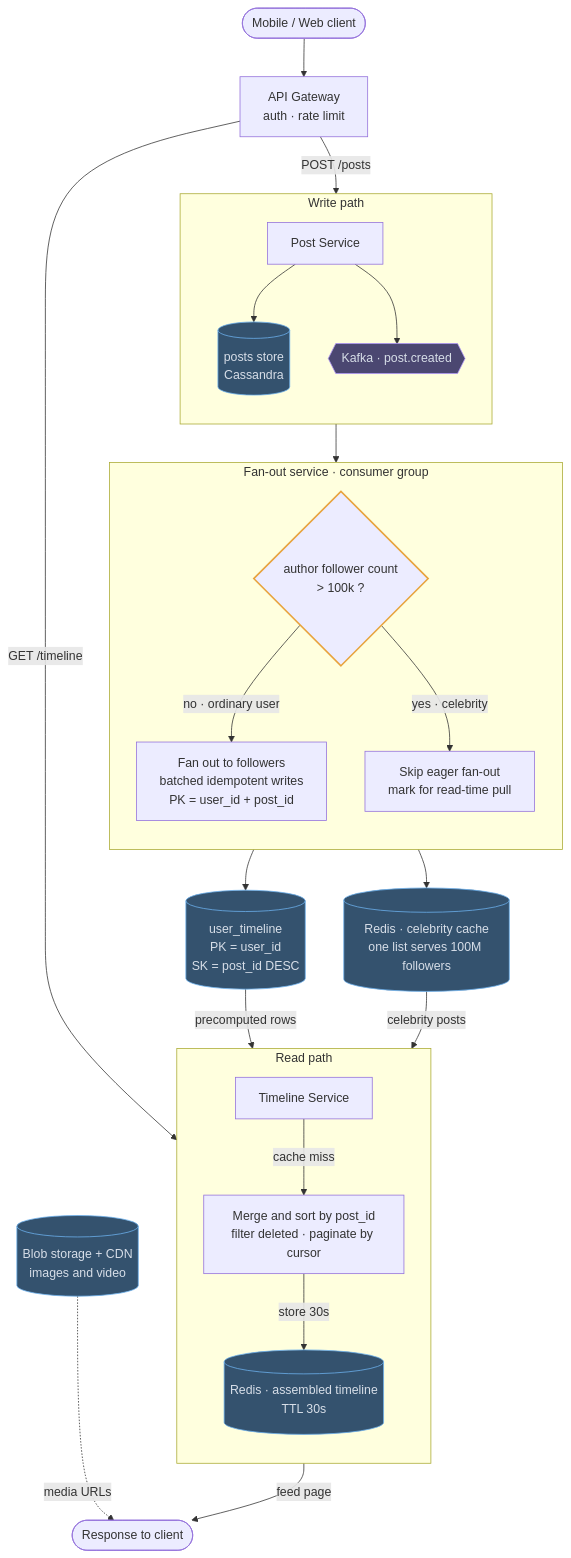
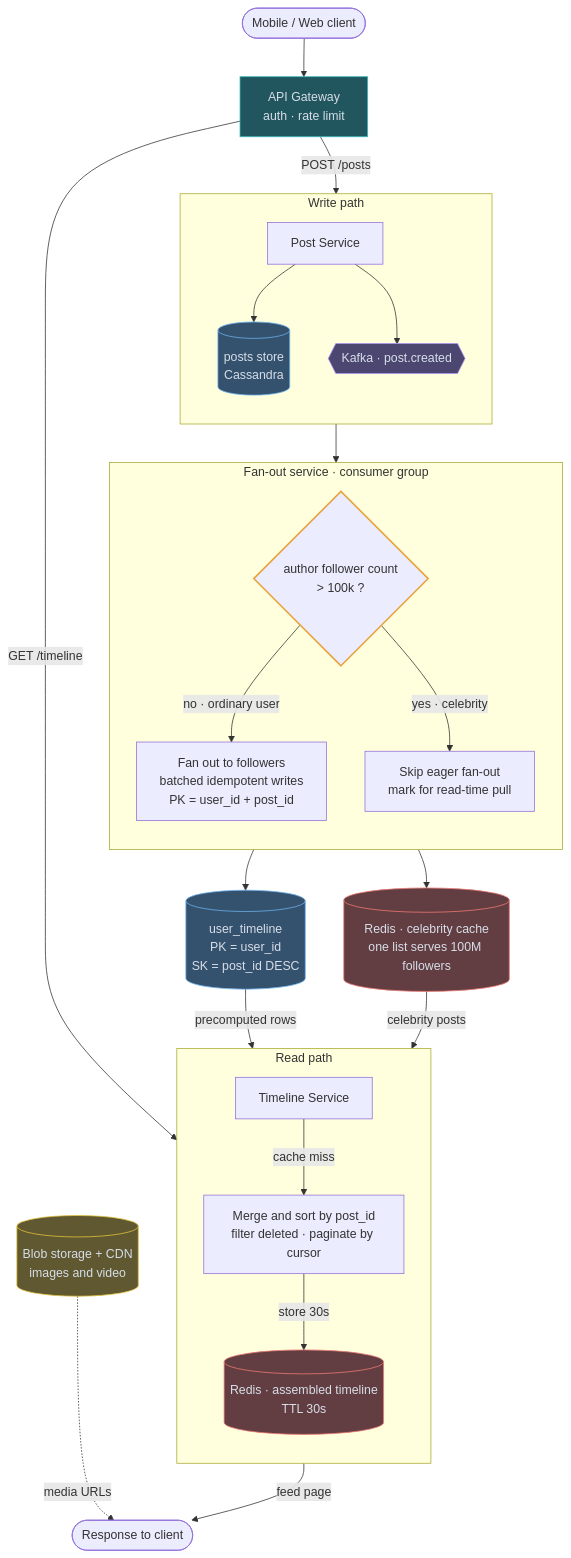
Before and after one commit to mertkahyaoglu/atlas: the diagram in content/designs/01-twitter-instagram-feed.md, drawn with Mermaid. The commit also changed 16 other files, not shown here.

First line of the commit message:
Split store into db/cache/blob; color gateway and load-balancer nodes

````diff
--- a/content/designs/01-twitter-instagram-feed.md
+++ b/content/designs/01-twitter-instagram-feed.md
@@ -110,53 +110,59 @@
 ```mermaid
 flowchart TB
     Client([Mobile / Web client]) --> GW[API Gateway<br/>auth · rate limit]
     GW -- "POST /posts" --> PostSvc
     GW -- "GET /timeline" --> Timeline
 
     subgraph WRITE ["Write path"]
         direction TB
         PostSvc[Post Service]
         PostStore[(posts store<br/>Cassandra)]
         Bus{{"Kafka · post.created"}}
         PostSvc --> PostStore
         PostSvc --> Bus
     end
 
     subgraph FANOUT ["Fan-out service · consumer group"]
         direction TB
         Decide{"author follower count<br/>> 100k ?"}
         Eager["Fan out to followers<br/>batched idempotent writes<br/>PK = user_id + post_id"]
         Skip["Skip eager fan-out<br/>mark for read-time pull"]
         Decide -- "no · ordinary user" --> Eager
         Decide -- "yes · celebrity" --> Skip
     end
     Bus --> Decide
     Eager --> Feed[("user_timeline<br/>PK = user_id<br/>SK = post_id DESC")]
     Skip --> CelebCache[("Redis · celebrity cache<br/>one list serves 100M followers")]
 
     subgraph READ ["Read path"]
         direction TB
         Timeline[Timeline Service]
         TimelineCache[("Redis · assembled timeline<br/>TTL 30s")]
         Merge["Merge and sort by post_id<br/>filter deleted · paginate by cursor"]
         Timeline -- "cache miss" --> Merge
         Merge -- "store 30s" --> TimelineCache
     end
     Feed -- "precomputed rows" --> Merge
     CelebCache -- "celebrity posts" --> Merge
     TimelineCache -- "feed page" --> Resp([Response to client])
     Media[("Blob storage + CDN<br/>images and video")] -. "media URLs" .-> Resp
 
-    classDef store fill:#34526e,stroke:#6cb2ee,color:#d7dee8
+    classDef db fill:#34526e,stroke:#6cb2ee,color:#d7dee8
+    classDef cache fill:#623e43,stroke:#f07a73,color:#d7dee8
+    classDef blob fill:#5f5830,stroke:#e6c43c,color:#d7dee8
     classDef queue fill:#4b4771,stroke:#ad94f7,color:#d7dee8
+    classDef gateway fill:#22565e,stroke:#38bdc1,color:#d7dee8
     classDef hot stroke:#e8a33d,stroke-width:2px
-    class PostStore,Feed,CelebCache,TimelineCache,Media store
+    class PostStore,Feed db
+    class CelebCache,TimelineCache cache
+    class Media blob
     class Decide hot
     class Bus queue
+    class GW gateway
 
     click Bus href "/docs/05-async-messaging-and-event-driven" "Role: decouples posting from fan-out so the write returns immediately.<br/>Trade-off: followers see the post seconds later, and consumers must be idempotent."
     click Skip href "/docs/06-fanout-and-feeds" "Role: celebrity posts are not copied into millions of timelines.<br/>Trade-off: every read must merge those posts in, which moves work to read time."
     click CelebCache href "/docs/04-caching" "Role: one hot list per celebrity, shared by all of their followers at read time.<br/>Trade-off: extremely hot keys that need replication and careful invalidation."
     click TimelineCache href "/docs/04-caching" "Role: serves the fully merged home feed without recomputing it.<br/>Trade-off: up to 30s stale, so a brand-new post may not show immediately."
     click Media href "/docs/09-specialized-building-blocks" "Role: serves images and video from the edge, never through app servers.<br/>Trade-off: egress cost and slow invalidation, so deletes take time to disappear."
 ```
````
